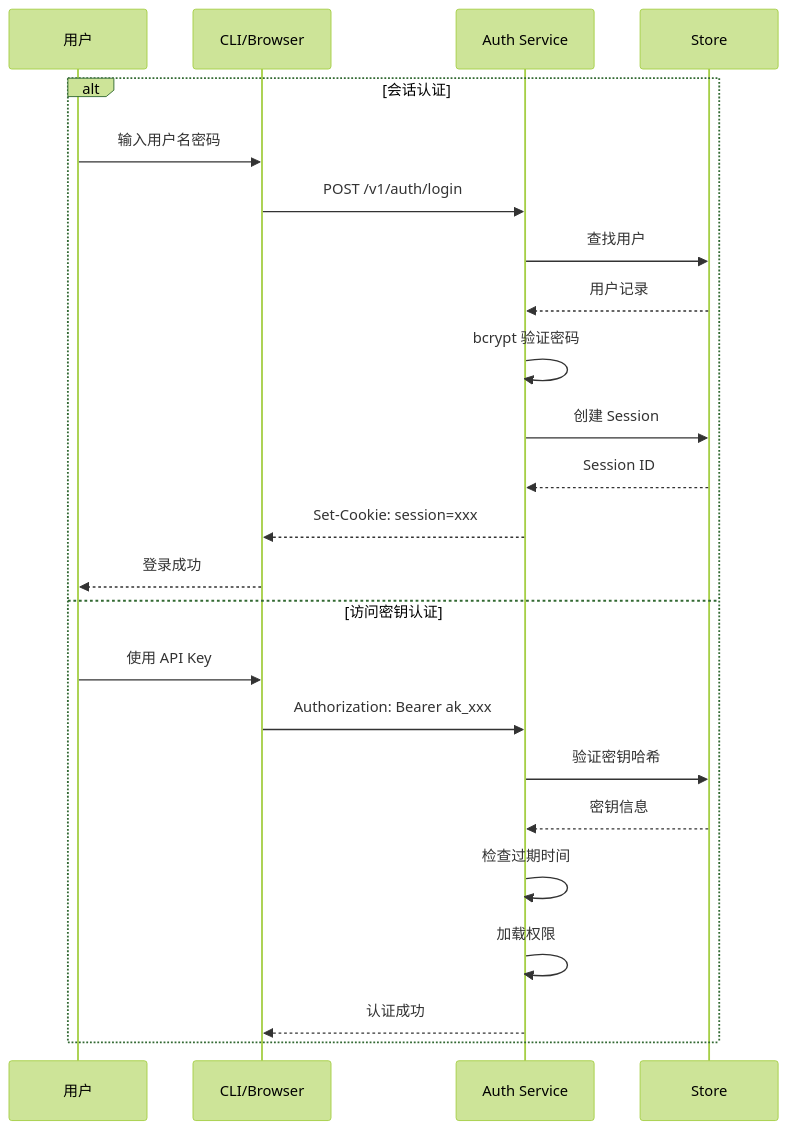
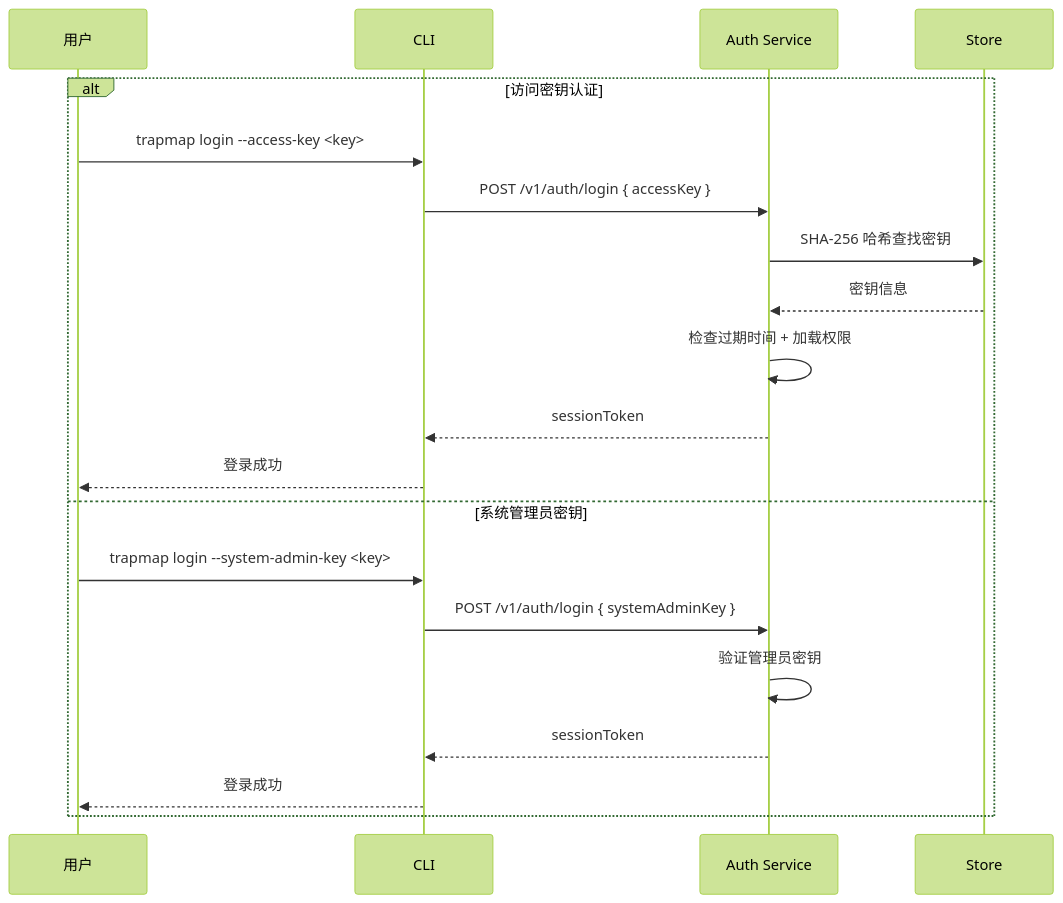
Before and after one commit to pofossette/TrapMap-for-vibing: the second of 3 diagrams in docs/operations/SECURITY.md, drawn with Mermaid (forest theme). The commit also changed other lines of this file and 1 other file, not shown here.

First line of the commit message:
docs: converge AUTH and SECURITY docs to CLI-only auth posture

````diff
--- a/docs/operations/SECURITY.md
+++ b/docs/operations/SECURITY.md
@@ -23,27 +23,23 @@
 ```mermaid
 sequenceDiagram
     participant User as 用户
-    participant CLI as CLI/Browser
+    participant CLI as CLI
     participant Auth as Auth Service
     participant Store as Store
 
-    alt 会话认证
-        User->>CLI: 输入用户名密码
-        CLI->>Auth: POST /v1/auth/login
-        Auth->>Store: 查找用户
-        Store-->>Auth: 用户记录
-        Auth->>Auth: bcrypt 验证密码
-        Auth->>Store: 创建 Session
-        Store-->>Auth: Session ID
-        Auth-->>CLI: Set-Cookie: session=xxx
+    alt 访问密钥认证
+        User->>CLI: trapmap login --access-key <key>
+        CLI->>Auth: POST /v1/auth/login { accessKey }
+        Auth->>Store: SHA-256 哈希查找密钥
+        Store-->>Auth: 密钥信息
+        Auth->>Auth: 检查过期时间 + 加载权限
+        Auth-->>CLI: sessionToken
         CLI-->>User: 登录成功
-    else 访问密钥认证
-        User->>CLI: 使用 API Key
-        CLI->>Auth: Authorization: Bearer ak_xxx
-        Auth->>Store: 验证密钥哈希
-        Store-->>Auth: 密钥信息
-        Auth->>Auth: 检查过期时间
-        Auth->>Auth: 加载权限
-        Auth-->>CLI: 认证成功
+    else 系统管理员密钥
+        User->>CLI: trapmap login --system-admin-key <key>
+        CLI->>Auth: POST /v1/auth/login { systemAdminKey }
+        Auth->>Auth: 验证管理员密钥
+        Auth-->>CLI: sessionToken
+        CLI-->>User: 登录成功
     end
 ```
````
